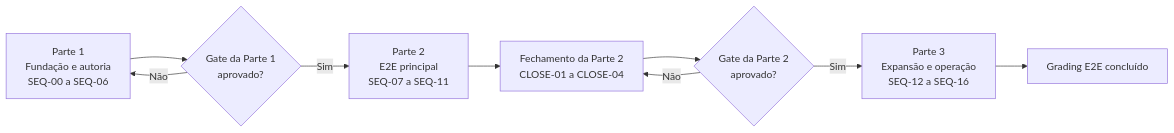
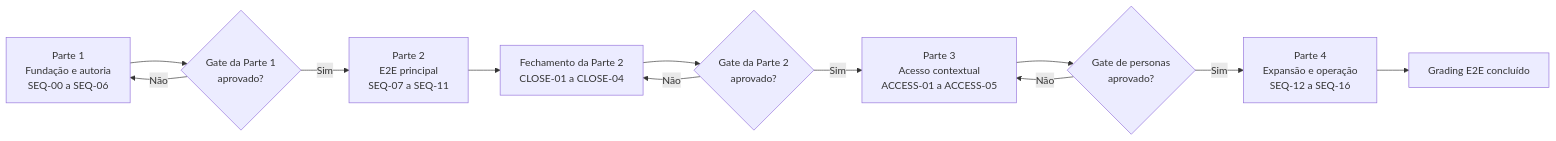
The diagram in docs/plans/quiz-grading-end-to-end/08-implementation-sequence.md (gameguild-gg/gameguild), drawn with Mermaid before and after one commit. The commit also changed other lines of this file and 6 other files, not shown here.

````diff
--- a/docs/plans/quiz-grading-end-to-end/08-implementation-sequence.md
+++ b/docs/plans/quiz-grading-end-to-end/08-implementation-sequence.md
@@ -31,19 +34,24 @@
 ```mermaid
 flowchart LR
     P1["Parte 1<br/>Fundação e autoria<br/>SEQ-00 a SEQ-06"]
     G1{"Gate da Parte 1<br/>aprovado?"}
     P2["Parte 2<br/>E2E principal<br/>SEQ-07 a SEQ-11"]
     C2["Fechamento da Parte 2<br/>CLOSE-01 a CLOSE-04"]
     G2{"Gate da Parte 2<br/>aprovado?"}
-    P3["Parte 3<br/>Expansão e operação<br/>SEQ-12 a SEQ-16"]
+    P3["Parte 3<br/>Acesso contextual<br/>ACCESS-01 a ACCESS-05"]
+    G3{"Gate de personas<br/>aprovado?"}
+    P4["Parte 4<br/>Expansão e operação<br/>SEQ-12 a SEQ-16"]
     DONE["Grading E2E concluído"]
 
     P1 --> G1
     G1 -->|Não| P1
     G1 -->|Sim| P2
     P2 --> C2
     C2 --> G2
     G2 -->|Não| C2
     G2 -->|Sim| P3
-    P3 --> DONE
+    P3 --> G3
+    G3 -->|Não| P3
+    G3 -->|Sim| P4
+    P4 --> DONE
 ```
````
